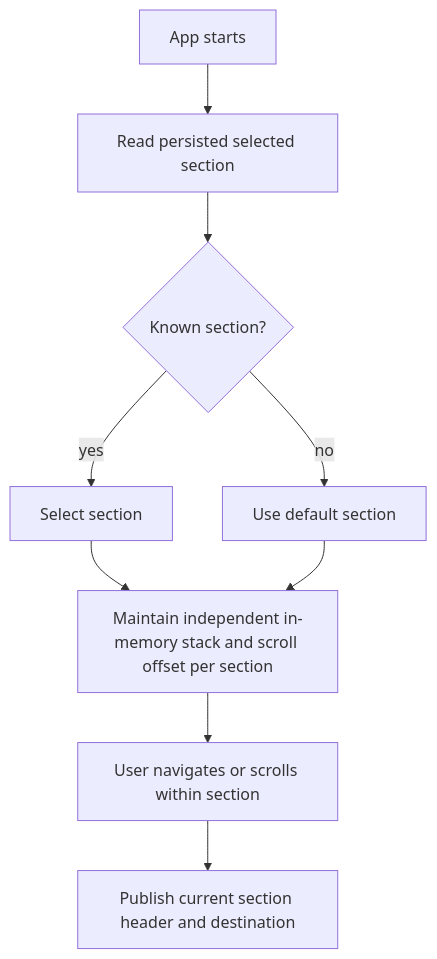
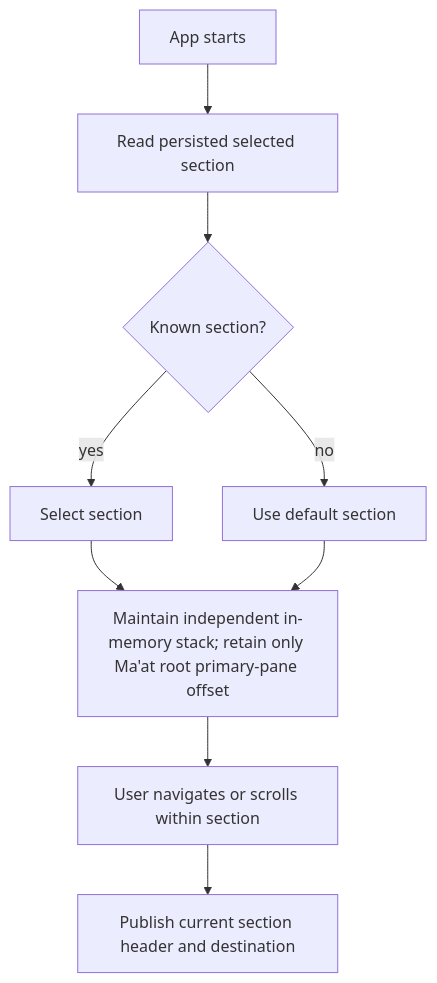
One commit to SirsiMaster/sirsi-pantheon changed diagram 19 of 43 in docs/stacklab/pantheon-pt/canon/DIAGRAMS_RUNTIME_NATIVE.md. Above: the diagram before and after it, drawn with Mermaid. The commit also changed other lines of this file and 10 other files, not shown here.

First line of the commit message:
fix(menubar): scope Maat scroll retention to root pane

````diff
--- a/docs/stacklab/pantheon-pt/canon/DIAGRAMS_RUNTIME_NATIVE.md
+++ b/docs/stacklab/pantheon-pt/canon/DIAGRAMS_RUNTIME_NATIVE.md
@@ -259,11 +259,11 @@
 ```mermaid
 flowchart TD
   START[App starts] --> LOAD[Read persisted selected section]
   LOAD --> VALID{Known section?}
   VALID -->|yes| SEL[Select section]
   VALID -->|no| DEF[Use default section]
-  SEL --> STACK[Maintain independent in-memory stack and scroll offset per section]
+  SEL --> STACK[Maintain independent in-memory stack; retain only Ma'at root primary-pane offset]
   DEF --> STACK
   STACK --> NAV[User navigates or scrolls within section]
   NAV --> HEAD[Publish current section header and destination]
 ```
````
